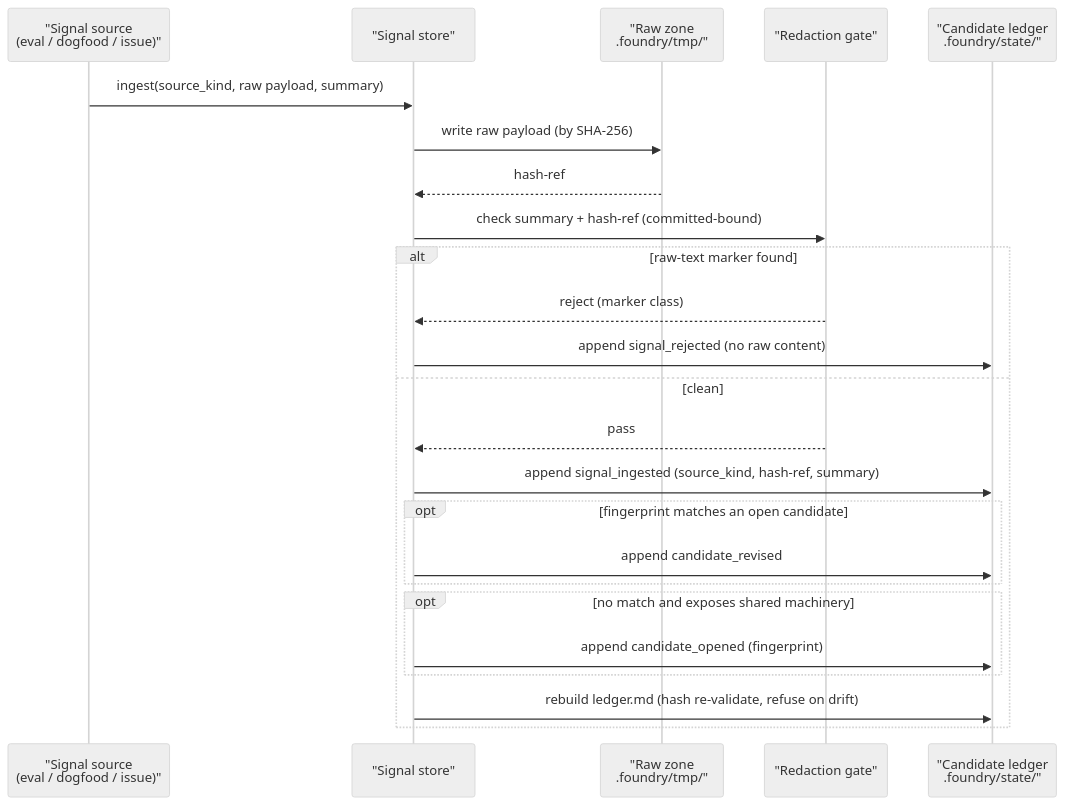
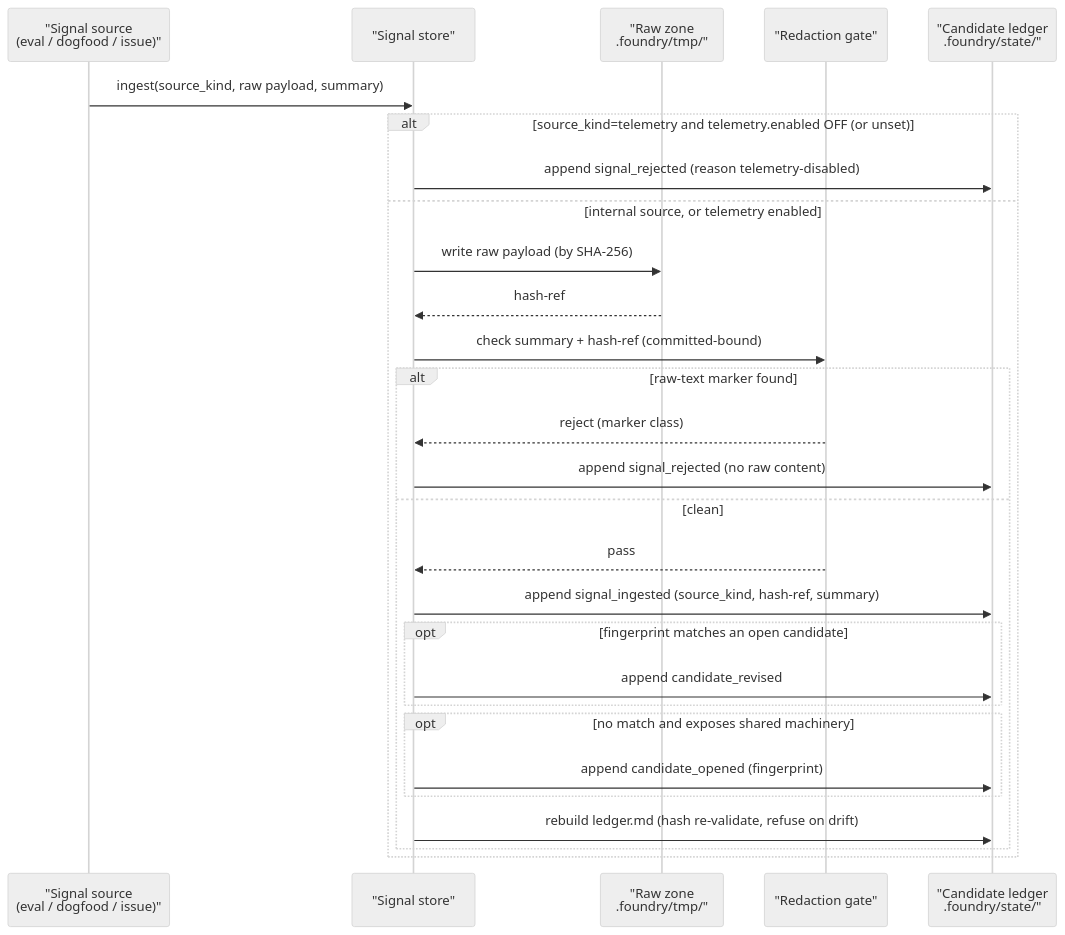
One commit to bmransom/foundry changed the third of 3 diagrams in roadmap/specs/loop-signal-store/design.md. Above: the diagram before and after it, drawn with Mermaid (neutral theme). The commit also changed other lines of this file and 3 other files, not shown here.

````diff
--- a/roadmap/specs/loop-signal-store/design.md
+++ b/roadmap/specs/loop-signal-store/design.md
@@ -232,28 +269,32 @@
 ```mermaid
 sequenceDiagram
     participant Source as "Signal source<br/>(eval / dogfood / issue)"
     participant Store as "Signal store"
     participant Raw as "Raw zone<br/>.foundry/tmp/"
     participant Gate as "Redaction gate"
     participant Committed as "Candidate ledger<br/>.foundry/state/"
 
     Source->>Store: ingest(source_kind, raw payload, summary)
-    Store->>Raw: write raw payload (by SHA-256)
-    Raw-->>Store: hash-ref
-    Store->>Gate: check summary + hash-ref (committed-bound)
 
-    alt raw-text marker found
-        Gate-->>Store: reject (marker class)
-        Store->>Committed: append signal_rejected (no raw content)
-    else clean
-        Gate-->>Store: pass
-        Store->>Committed: append signal_ingested (source_kind, hash-ref, summary)
-        opt fingerprint matches an open candidate
-            Store->>Committed: append candidate_revised
+    alt source_kind=telemetry and telemetry.enabled OFF (or unset)
+        Store->>Committed: append signal_rejected (reason telemetry-disabled)
+    else internal source, or telemetry enabled
+        Store->>Raw: write raw payload (by SHA-256)
+        Raw-->>Store: hash-ref
+        Store->>Gate: check summary + hash-ref (committed-bound)
+        alt raw-text marker found
+            Gate-->>Store: reject (marker class)
+            Store->>Committed: append signal_rejected (no raw content)
+        else clean
+            Gate-->>Store: pass
+            Store->>Committed: append signal_ingested (source_kind, hash-ref, summary)
+            opt fingerprint matches an open candidate
+                Store->>Committed: append candidate_revised
+            end
+            opt no match and exposes shared machinery
+                Store->>Committed: append candidate_opened (fingerprint)
+            end
+            Store->>Committed: rebuild ledger.md (hash re-validate, refuse on drift)
         end
-        opt no match and exposes shared machinery
-            Store->>Committed: append candidate_opened (fingerprint)
-        end
-        Store->>Committed: rebuild ledger.md (hash re-validate, refuse on drift)
     end
 ```
````
